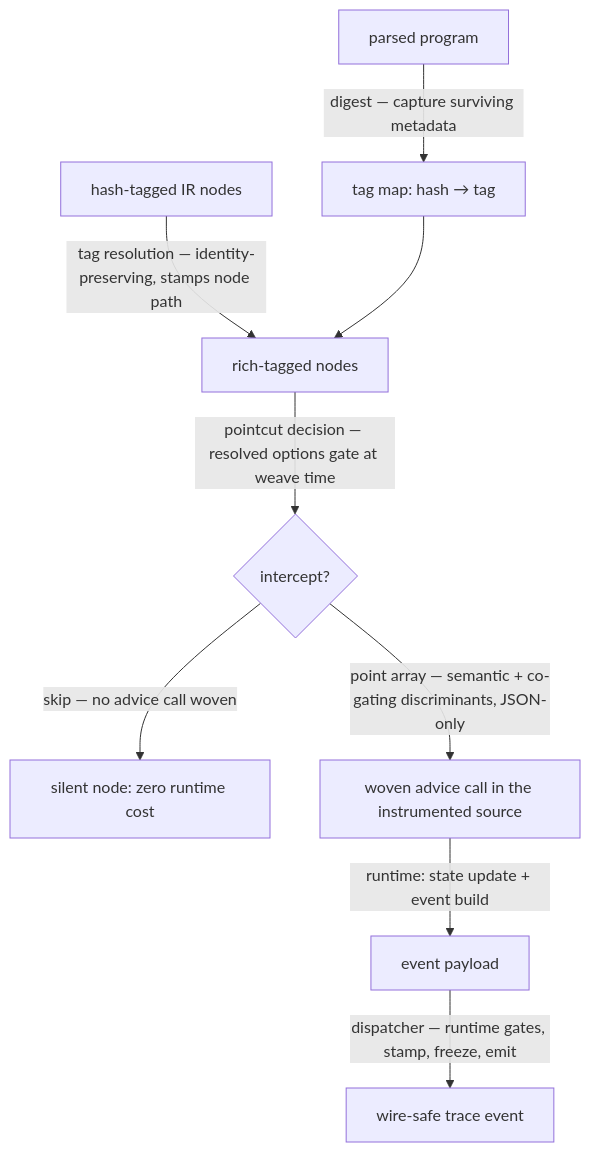
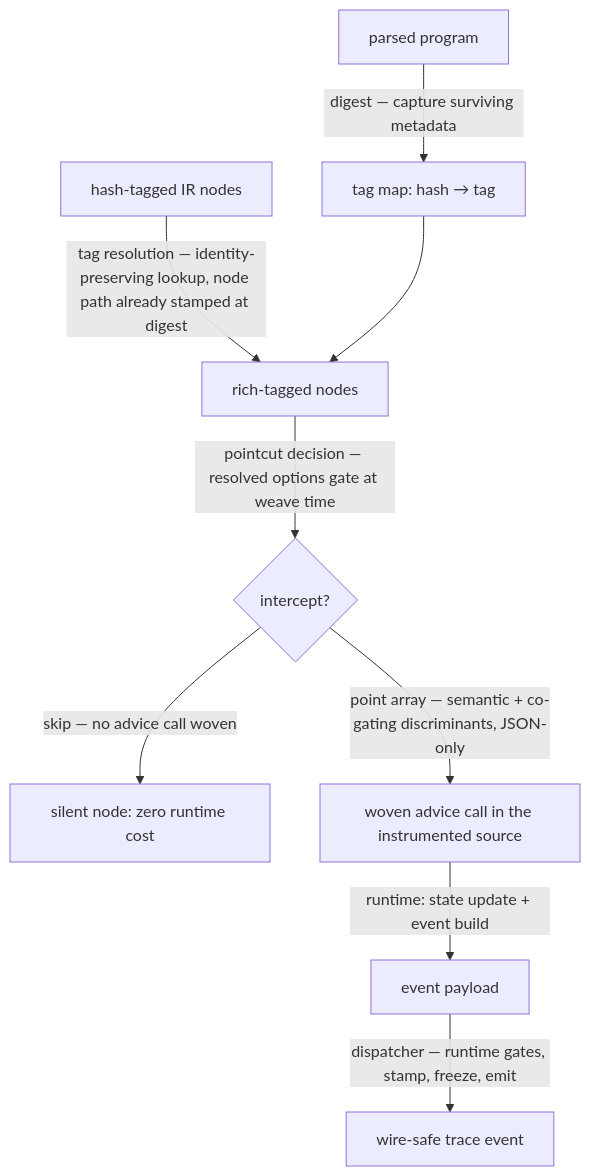
The diagram in src/lib/study-lenses/embody/lib/evaluating/trace/semantics/tracing/weaving/DOCS.md (codeschoolinabox/curricula), drawn with Mermaid before and after one commit. The commit also changed other lines of this file and 16 other files, not shown here.

````diff
--- a/src/lib/study-lenses/embody/lib/evaluating/trace/semantics/tracing/weaving/DOCS.md
+++ b/src/lib/study-lenses/embody/lib/evaluating/trace/semantics/tracing/weaving/DOCS.md
@@ -30,11 +31,11 @@
 ```mermaid
 flowchart TD
     A[parsed program] -->|digest — capture surviving metadata| B[tag map: hash → tag]
-    C[hash-tagged IR nodes] -->|tag resolution — identity-preserving, stamps node path| D[rich-tagged nodes]
+    C[hash-tagged IR nodes] -->|tag resolution — identity-preserving lookup, node path already stamped at digest| D[rich-tagged nodes]
     B --> D
     D -->|pointcut decision — resolved options gate at weave time| E{intercept?}
     E -->|skip — no advice call woven| F[silent node: zero runtime cost]
     E -->|point array — semantic + co-gating discriminants, JSON-only| G[woven advice call in the instrumented source]
     G -->|runtime: state update + event build| H[event payload]
     H -->|dispatcher — runtime gates, stamp, freeze, emit| I[wire-safe trace event]
 ```
````
